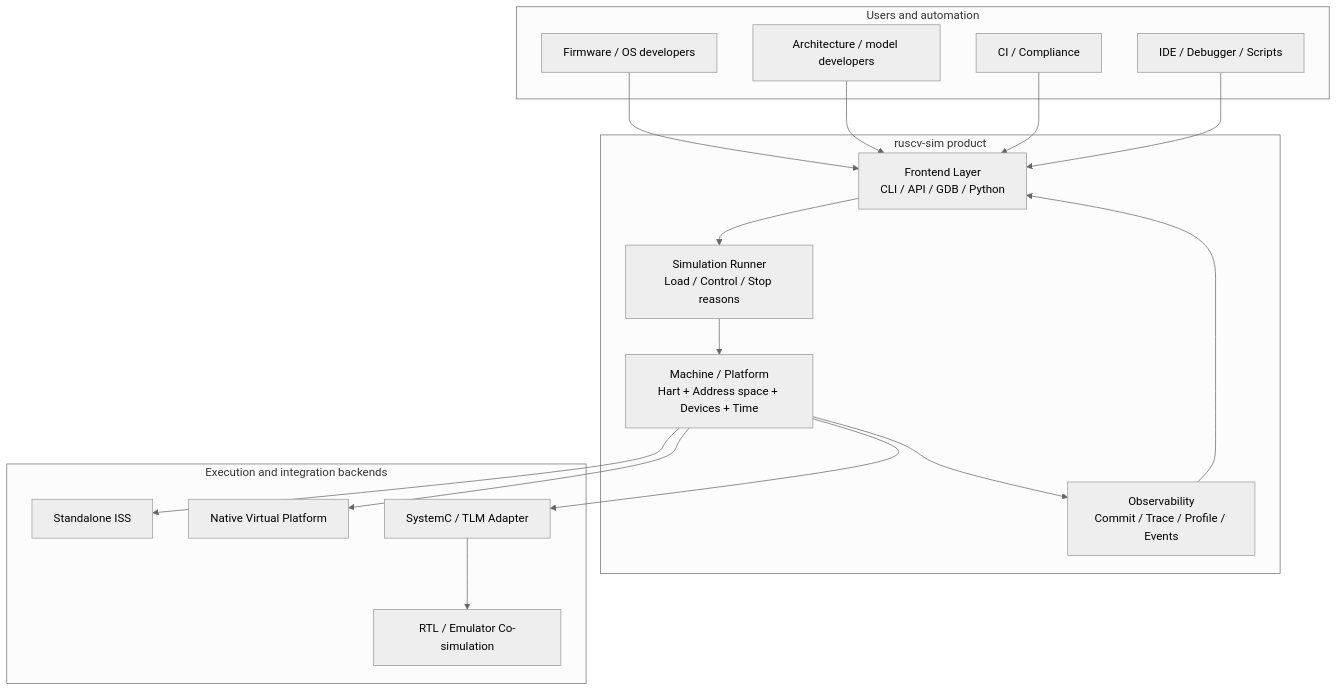
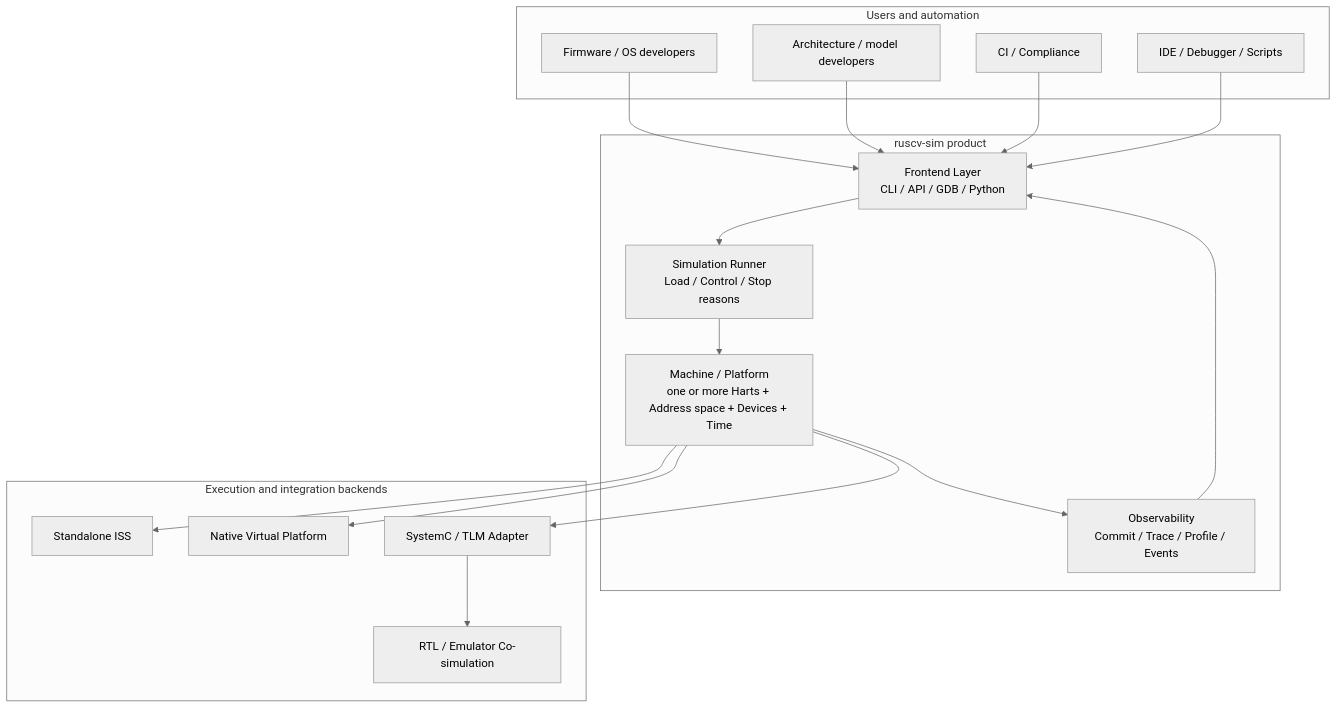
One commit to mimiqdev/ruscv-sim changed the second of 8 diagrams in docs/architecture/README.md. Above: the diagram before and after it, drawn with Mermaid (neutral theme). The commit also changed other lines of this file and 5 other files, not shown here.

First line of the commit message:
docs(architecture): reconcile proposed ISS/VP contracts (#9)

````diff
--- a/docs/architecture/README.md
+++ b/docs/architecture/README.md
@@ -33,33 +33,33 @@
 ```mermaid
 flowchart TB
     subgraph Users["Users and automation"]
         DEV["Firmware / OS developers"]
         ARCH["Architecture / model developers"]
         CI["CI / Compliance"]
         TOOL["IDE / Debugger / Scripts"]
     end
 
     subgraph Product["ruscv-sim product"]
         FRONT["Frontend Layer<br/>CLI / API / GDB / Python"]
         RUNNER["Simulation Runner<br/>Load / Control / Stop reasons"]
-        MACHINE["Machine / Platform<br/>Hart + Address space + Devices + Time"]
+        MACHINE["Machine / Platform<br/>one or more Harts + Address space + Devices + Time"]
         OBS["Observability<br/>Commit / Trace / Profile / Events"]
     end
 
     subgraph Backends["Execution and integration backends"]
         FLAT["Standalone ISS"]
         NATIVE["Native Virtual Platform"]
         TLM["SystemC / TLM Adapter"]
         COSIM["RTL / Emulator Co-simulation"]
     end
 
     DEV --> FRONT
     ARCH --> FRONT
     CI --> FRONT
     TOOL --> FRONT
     FRONT --> RUNNER --> MACHINE --> OBS
     MACHINE --> FLAT
     MACHINE --> NATIVE
     MACHINE --> TLM --> COSIM
     OBS --> FRONT
 ```
````
